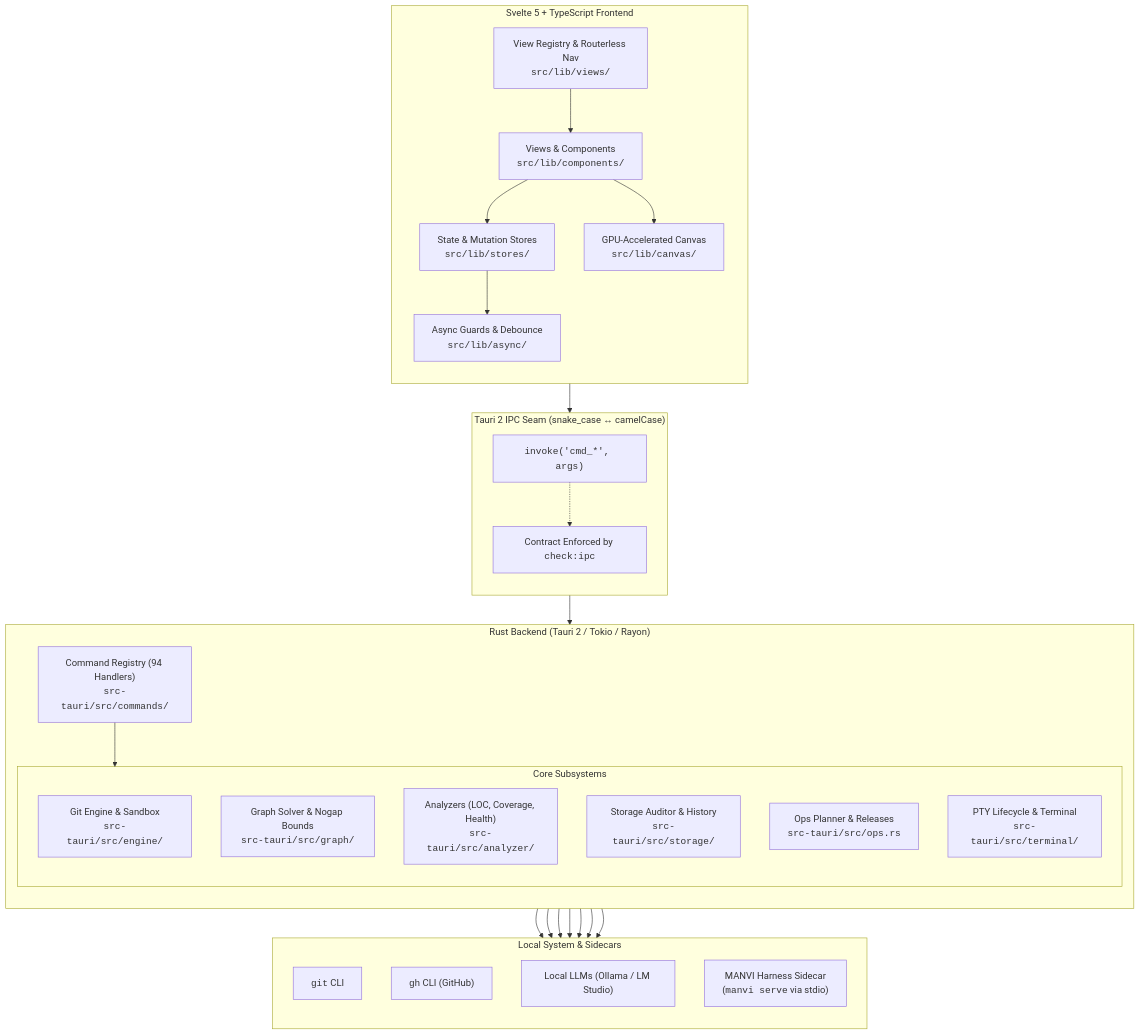
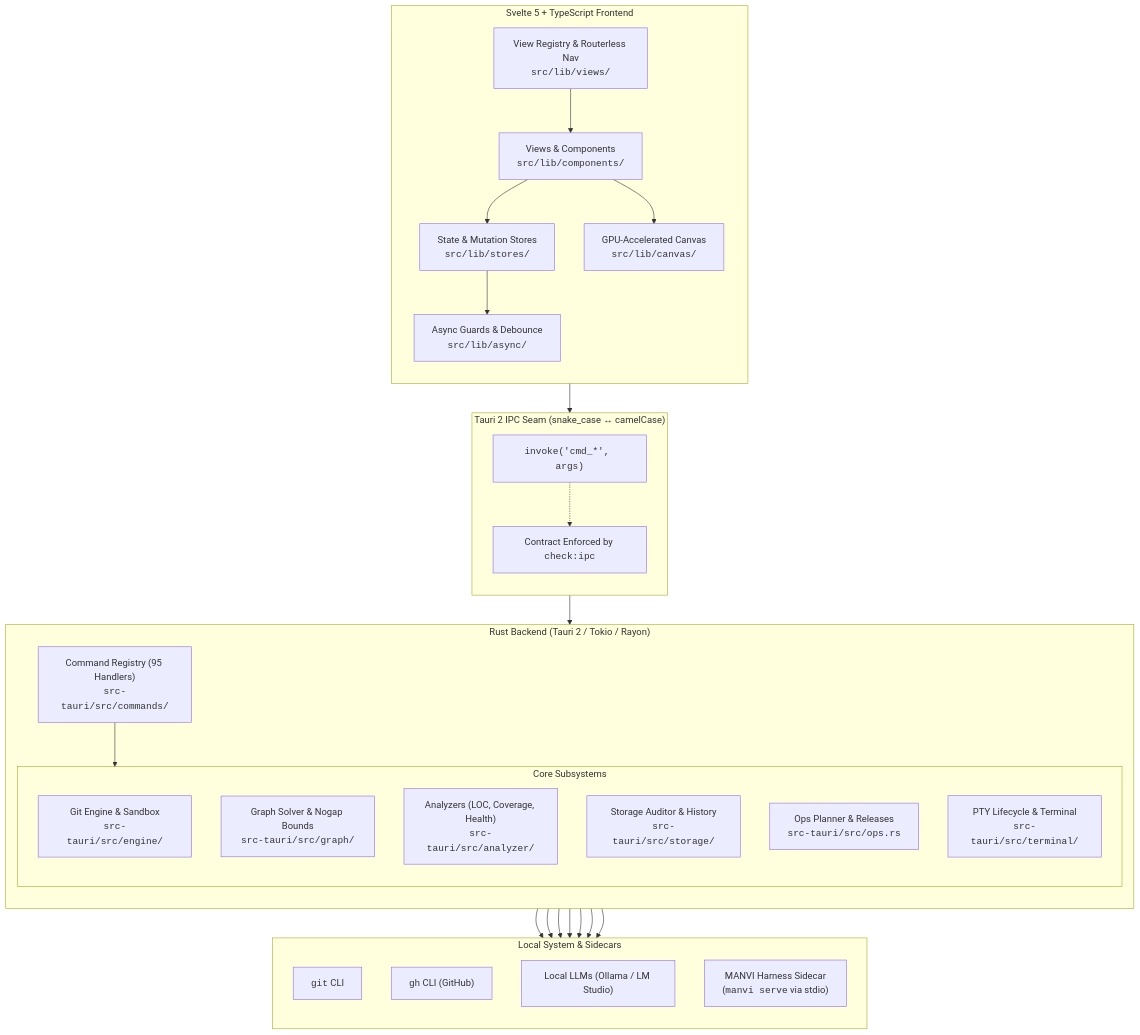
One commit to bharathvbcr/GitPulse changed the first of 4 diagrams in docs/ARCHITECTURE.md. Above: the diagram before and after it, drawn with Mermaid. The commit also changed other lines of this file and 12 other files, not shown here.

Commit message:
docs: update architecture, features, and repo documentation

````diff
--- a/docs/ARCHITECTURE.md
+++ b/docs/ARCHITECTURE.md
@@ -5,57 +5,57 @@
 ```mermaid
 flowchart TB
     subgraph Frontend["Svelte 5 + TypeScript Frontend"]
         direction TB
         UI["Views & Components<br/><code>src/lib/components/</code>"]
         Stores["State & Mutation Stores<br/><code>src/lib/stores/</code>"]
         Registry["View Registry & Routerless Nav<br/><code>src/lib/views/</code>"]
         Canvas["GPU-Accelerated Canvas<br/><code>src/lib/canvas/</code>"]
         Async["Async Guards & Debounce<br/><code>src/lib/async/</code>"]
         
         UI --> Stores
         UI --> Canvas
         Stores --> Async
         Registry --> UI
     end
 
     subgraph IPC["Tauri 2 IPC Seam (snake_case ↔ camelCase)"]
         direction TB
         Invoke["<code>invoke('cmd_*', args)</code>"]
         ContractCheck["Contract Enforced by <code>check:ipc</code>"]
         Invoke -.-> ContractCheck
     end
 
     subgraph Backend["Rust Backend (Tauri 2 / Tokio / Rayon)"]
         direction TB
-        CmdRegistry["Command Registry (94 Handlers)<br/><code>src-tauri/src/commands/</code>"]
+        CmdRegistry["Command Registry (95 Handlers)<br/><code>src-tauri/src/commands/</code>"]
         
         subgraph Subsystems["Core Subsystems"]
             GitEngine["Git Engine & Sandbox<br/><code>src-tauri/src/engine/</code>"]
             GraphSolver["Graph Solver & Nogap Bounds<br/><code>src-tauri/src/graph/</code>"]
             Analyzers["Analyzers (LOC, Coverage, Health)<br/><code>src-tauri/src/analyzer/</code>"]
             StorageAuditor["Storage Auditor & History<br/><code>src-tauri/src/storage/</code>"]
             OpsPlanner["Ops Planner & Releases<br/><code>src-tauri/src/ops.rs</code>"]
             PtyTerminal["PTY Lifecycle & Terminal<br/><code>src-tauri/src/terminal/</code>"]
         end
         
         CmdRegistry --> Subsystems
     end
 
     subgraph External["Local System & Sidecars"]
         direction TB
         LocalGit["<code>git</code> CLI"]
         LocalGh["<code>gh</code> CLI (GitHub)"]
         LocalLLM["Local LLMs (Ollama / LM Studio)"]
         ManviSidecar["MANVI Harness Sidecar<br/>(<code>manvi serve</code> via stdio)"]
     end
 
     Async --> Invoke
     Invoke --> CmdRegistry
     GitEngine --> LocalGit
     Analyzers --> LocalGit
     Analyzers --> LocalGh
     Analyzers --> LocalLLM
     OpsPlanner --> LocalGh
     OpsPlanner --> ManviSidecar
     Subsystems --> ManviSidecar
 ```
````
